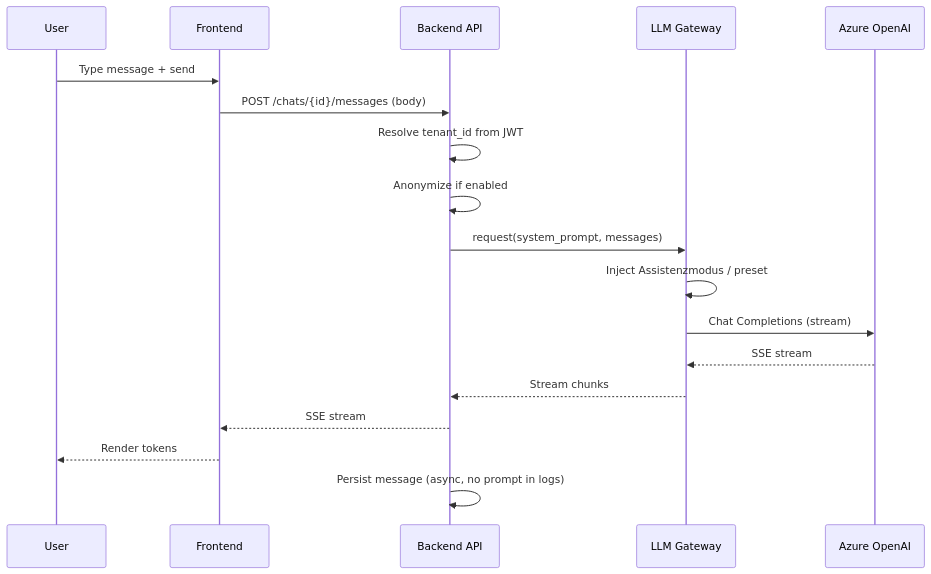
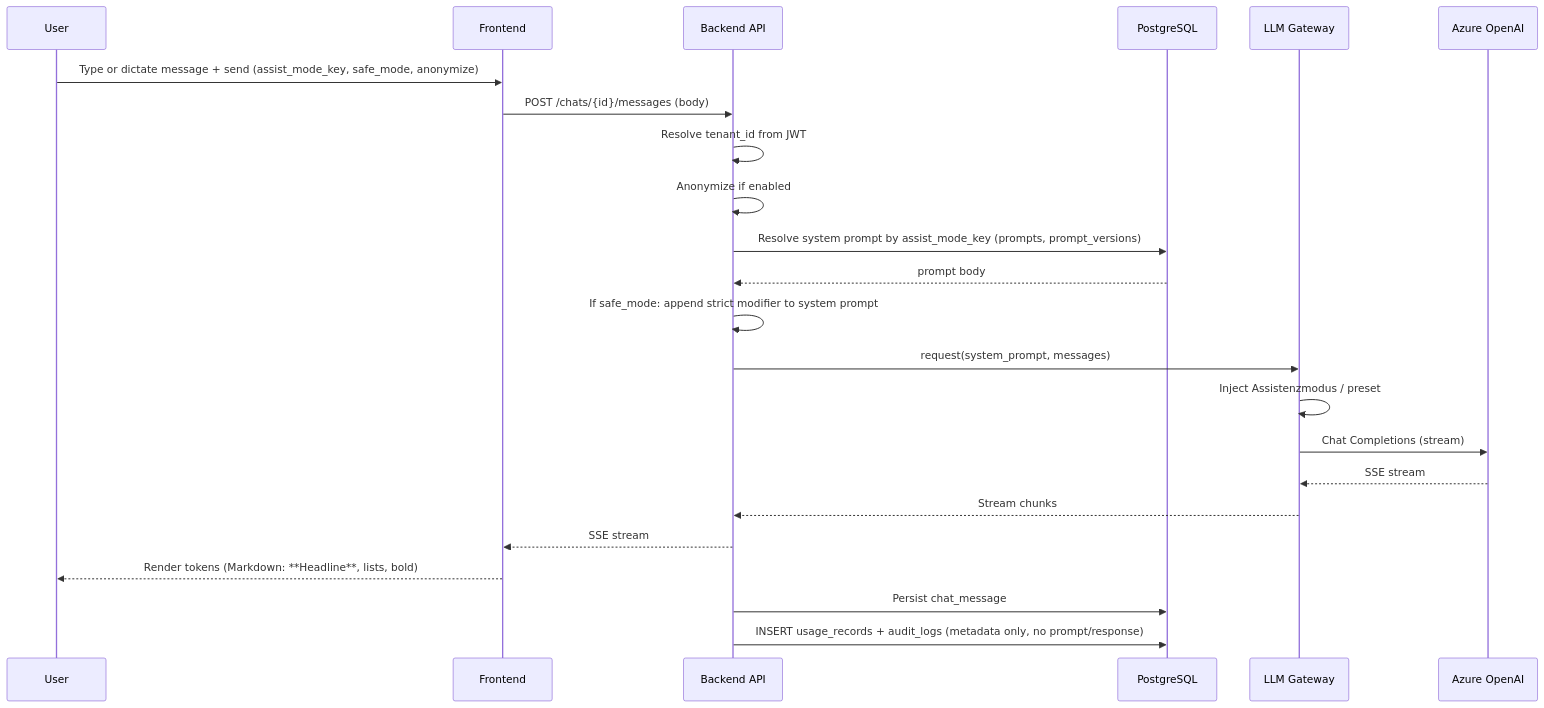
One commit to DanielDeckertConsulting/MediCertAI changed the diagram in docs/diagrams/sequence-chat-streaming.mmd. Above: the diagram before and after it, drawn with Mermaid. The commit also changed 67 other files, not shown here.

```diff
--- a/docs/diagrams/sequence-chat-streaming.mmd
+++ b/docs/diagrams/sequence-chat-streaming.mmd
@@ -1,19 +1,24 @@
 sequenceDiagram
     participant U as User
     participant SPA as Frontend
     participant API as Backend API
+    participant DB as PostgreSQL
     participant GW as LLM Gateway
     participant AO as Azure OpenAI
 
-    U->>SPA: Type message + send
+    U->>SPA: Type or dictate message + send (assist_mode_key, safe_mode, anonymize)
     SPA->>API: POST /chats/{id}/messages (body)
     API->>API: Resolve tenant_id from JWT
     API->>API: Anonymize if enabled
+    API->>DB: Resolve system prompt by assist_mode_key (prompts, prompt_versions)
+    DB-->>API: prompt body
+    API->>API: If safe_mode: append strict modifier to system prompt
     API->>GW: request(system_prompt, messages)
     GW->>GW: Inject Assistenzmodus / preset
     GW->>AO: Chat Completions (stream)
     AO-->>GW: SSE stream
     GW-->>API: Stream chunks
     API-->>SPA: SSE stream
-    SPA-->>U: Render tokens
-    API->>API: Persist message (async, no prompt in logs)
+    SPA-->>U: Render tokens (Markdown: **Headline**, lists, bold)
+    API->>DB: Persist chat_message
+    API->>DB: INSERT usage_records + audit_logs (metadata only, no prompt/response)
```
